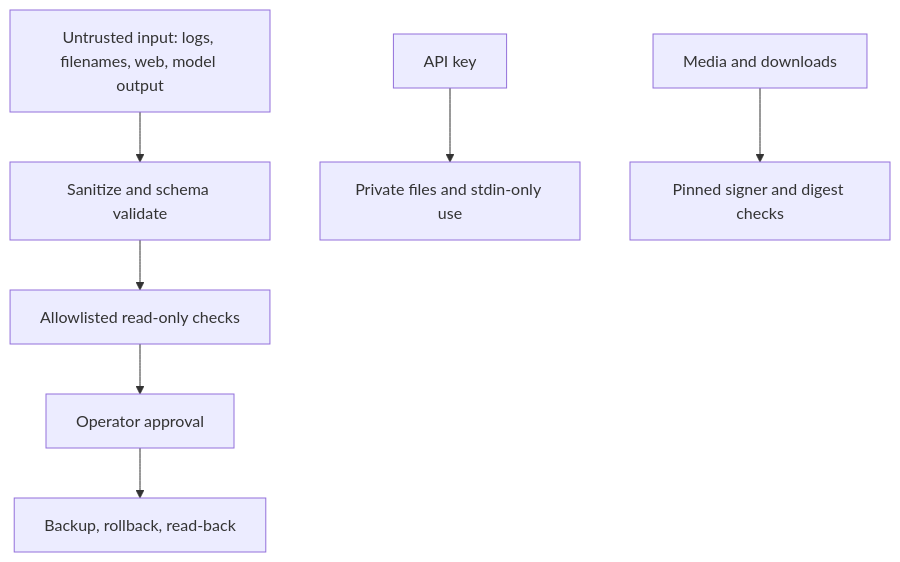
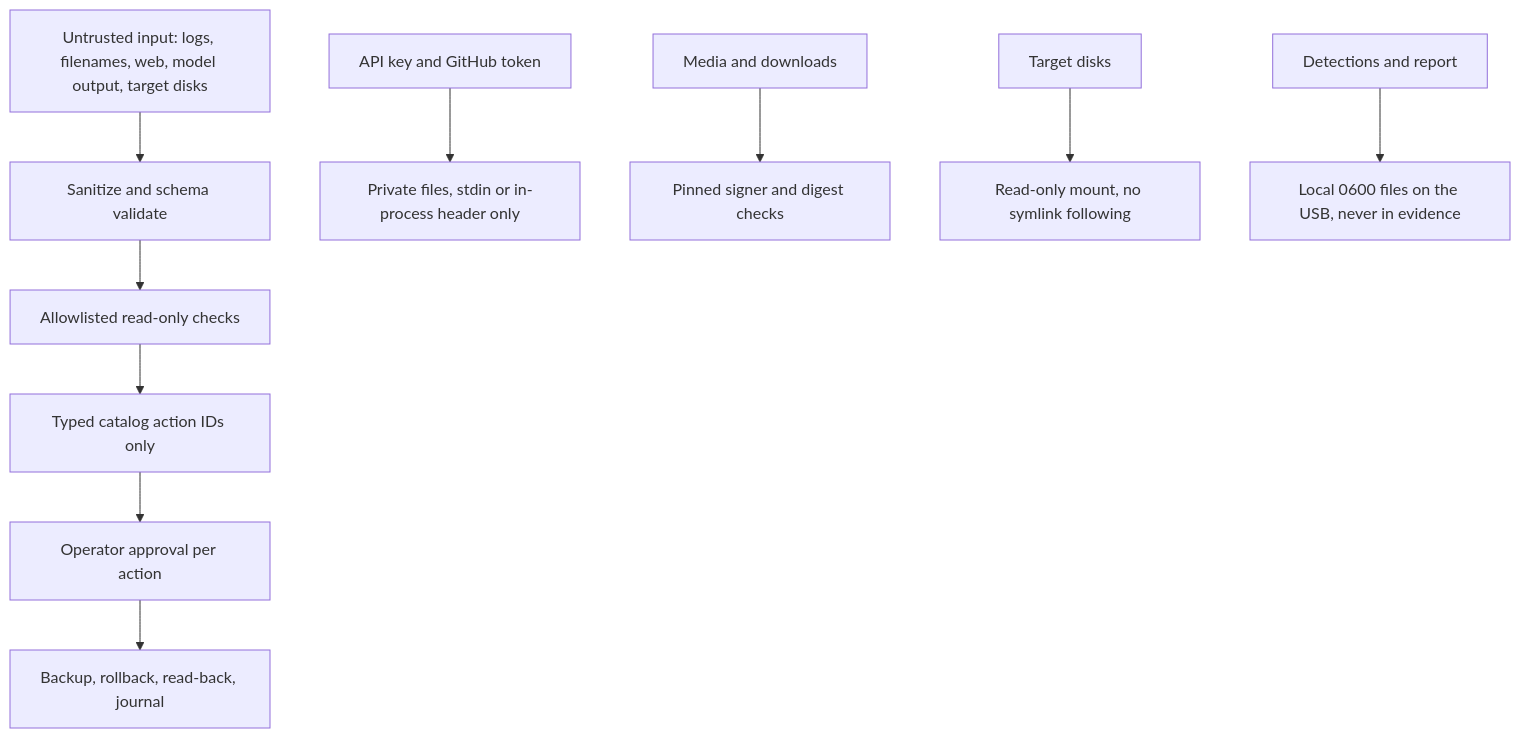
Before and after one commit to ahliweb/linux-mint-xfce-rescue-ai: the diagram in docs/security-model.md, drawn with Mermaid. The commit also changed other lines of this file, not shown here.

First line of the commit message:
docs: security model by area with implementing scripts and residual risks

````diff
--- a/docs/security-model.md
+++ b/docs/security-model.md
@@ -7,9 +7,12 @@
 ```mermaid
 flowchart TD
-    U[Untrusted input: logs, filenames, web, model output] --> S[Sanitize and schema validate]
+    U[Untrusted input: logs, filenames, web, model output, target disks] --> S[Sanitize and schema validate]
     S --> A[Allowlisted read-only checks]
-    A --> H[Operator approval]
-    H --> V[Backup, rollback, read-back]
-    K[API key] --> P[Private files and stdin-only use]
+    A --> C[Typed catalog action IDs only]
+    C --> H[Operator approval per action]
+    H --> V[Backup, rollback, read-back, journal]
+    K[API key and GitHub token] --> P[Private files, stdin or in-process header only]
     M[Media and downloads] --> Q[Pinned signer and digest checks]
+    T[Target disks] --> R[Read-only mount, no symlink following]
+    D[Detections and report] --> L[Local 0600 files on the USB, never in evidence]
 ```
````
